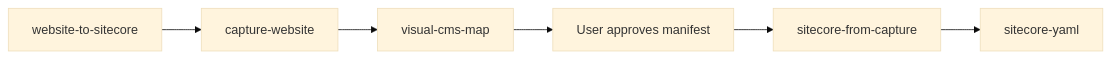
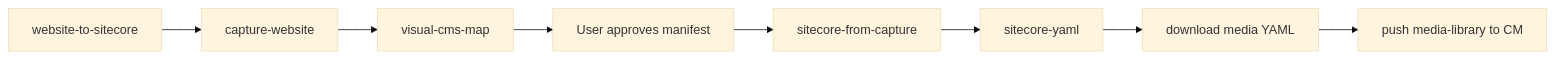
The diagram in .cursor/AGENTS.md (sumithpdd/spd_Sitecore.Demo.SitecoreAI.IndustryVerticals.SiteTemplates), drawn with Mermaid (base theme) before and after one commit. The commit also changed other lines of this file and 323 other files, not shown here.

````diff
--- a/.cursor/AGENTS.md
+++ b/.cursor/AGENTS.md
@@ -50,8 +50,10 @@
 ```mermaid
 flowchart LR
   A[website-to-sitecore] --> B[capture-website]
   B --> C[visual-cms-map]
   C --> D[User approves manifest]
   D --> E[sitecore-from-capture]
   E --> F[sitecore-yaml]
+  F --> G[download media YAML]
+  G --> H[push media-library to CM]
 ```
````
